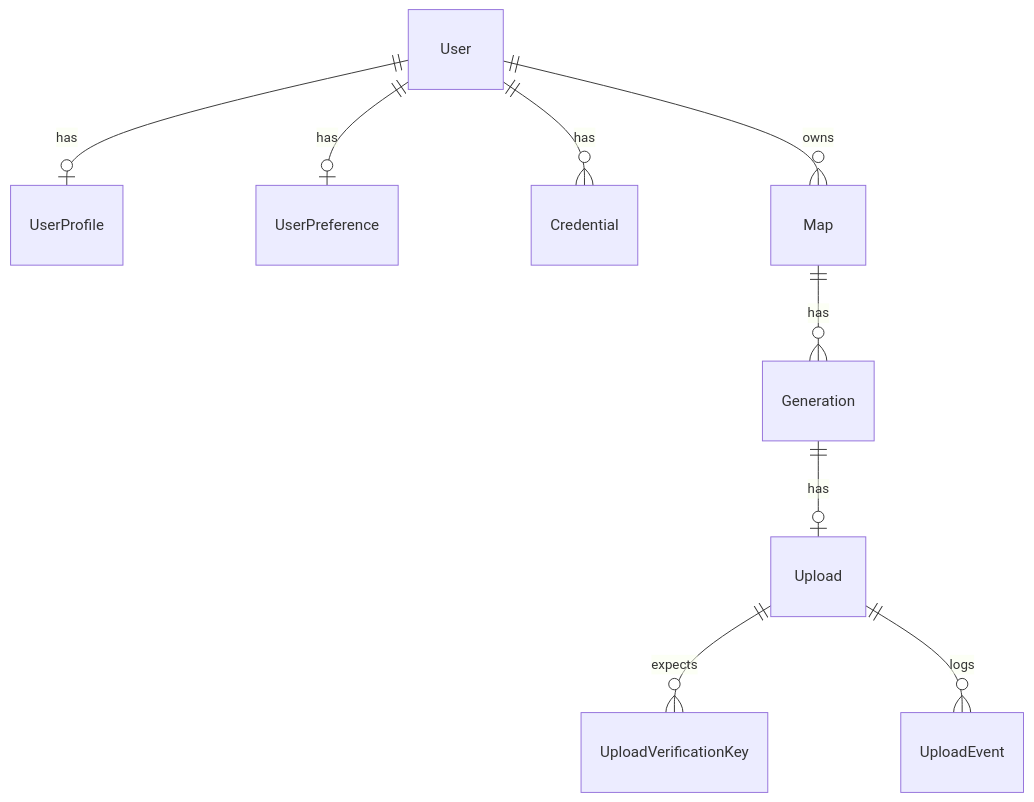
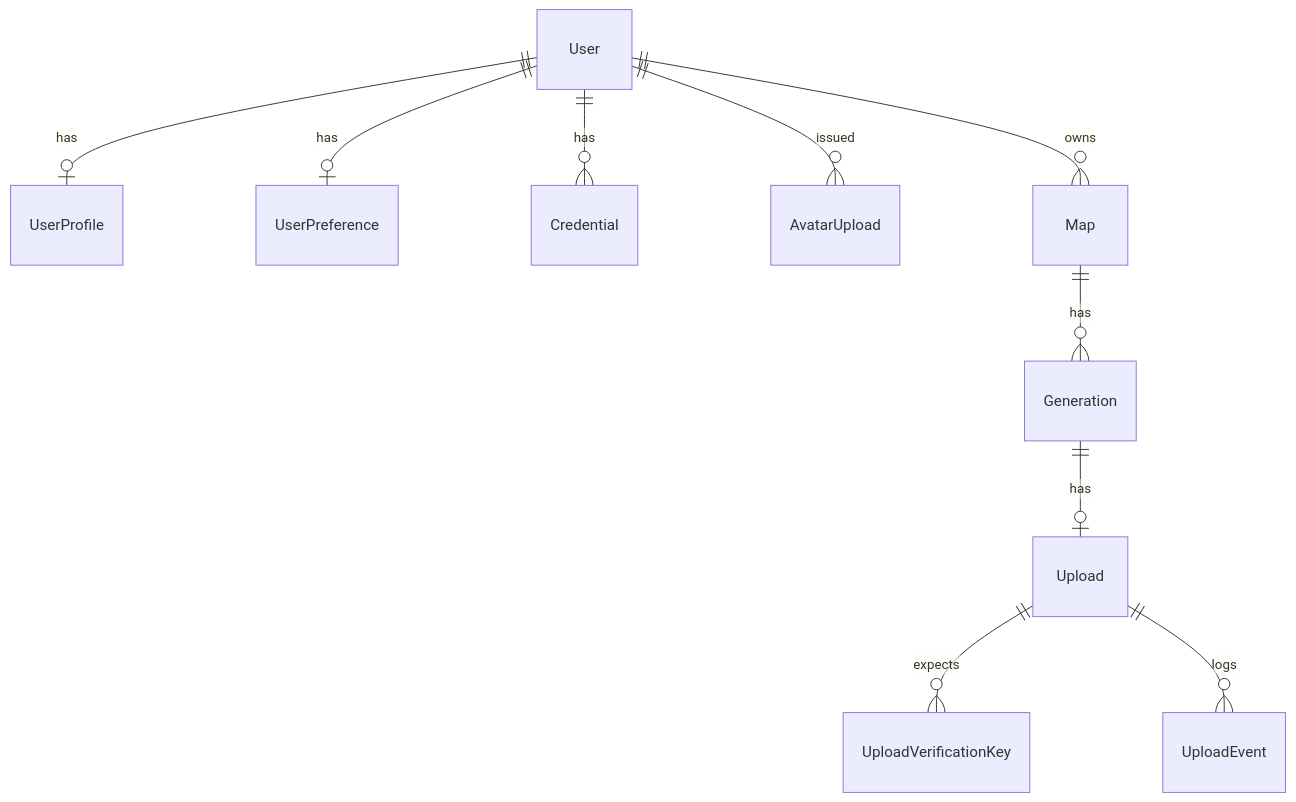
The diagram in doc/architecture/domain-model.md (sakuro/pasta_atlas), drawn with Mermaid before and after one commit. The commit also changed other lines of this file and 32 other files, not shown here.

````diff
--- a/doc/architecture/domain-model.md
+++ b/doc/architecture/domain-model.md
@@ -10,11 +10,12 @@
 ```mermaid
 erDiagram
     User ||--o| UserProfile : has
     User ||--o| UserPreference : has
     User ||--o{ Credential : has
+    User ||--o{ AvatarUpload : issued
     User ||--o{ Map : owns
     Map ||--o{ Generation : has
     Generation ||--o| Upload : has
     Upload ||--o{ UploadVerificationKey : expects
     Upload ||--o{ UploadEvent : logs
 ```
````
